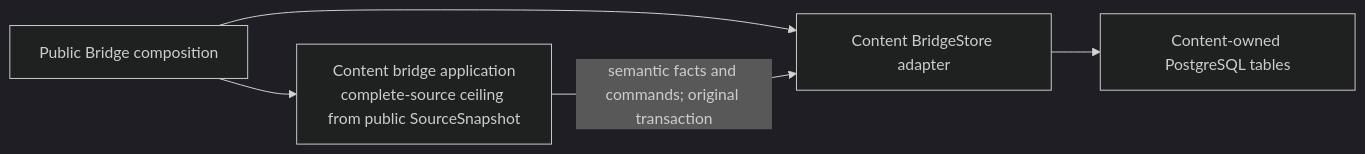
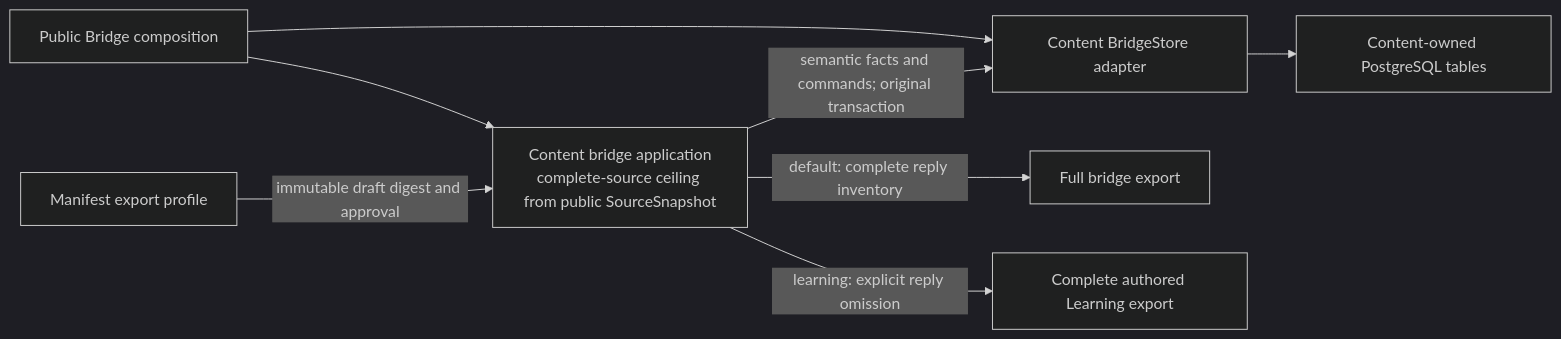
One commit to aaweaver-actuary/tempo changed the diagram in services/content/src/tempo_content/bridge/README.md. Above: the diagram before and after it, drawn with Mermaid (dark theme). The commit also changed other lines of this file and 5 other files, not shown here.

Commit message:
Add approval-bound Learning-only Content export profile

````diff
--- a/services/content/src/tempo_content/bridge/README.md
+++ b/services/content/src/tempo_content/bridge/README.md
@@ -5,7 +5,10 @@
 ```mermaid
 flowchart LR
   composition[Public Bridge composition] --> application[Content bridge application<br/>complete-source ceiling from public SourceSnapshot]
   composition --> storage[Content BridgeStore adapter]
   application -->|semantic facts and commands; original transaction| storage
   storage --> content[Content-owned PostgreSQL tables]
+  intent[Manifest export profile] -->|immutable draft digest and approval| application
+  application -->|default: complete reply inventory| full[Full bridge export]
+  application -->|learning: explicit reply omission| learning[Complete authored Learning export]
 ```
````
